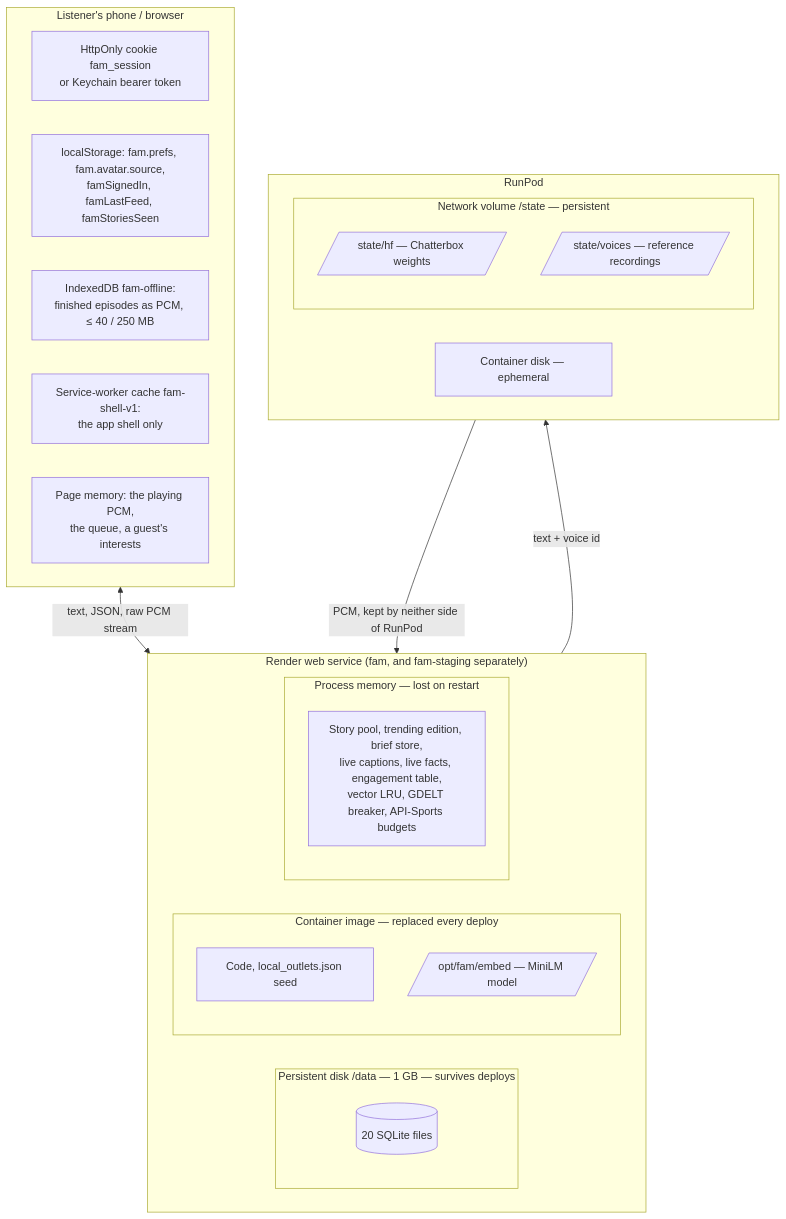
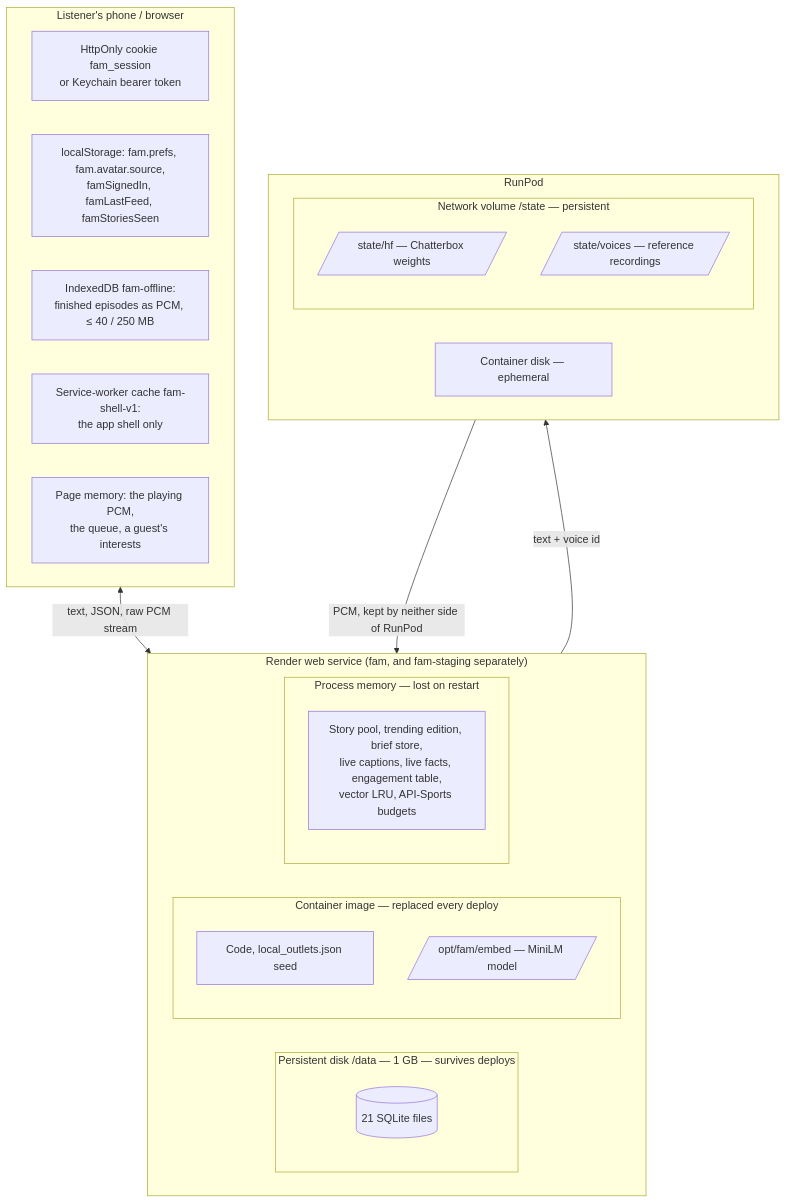
Before and after one commit to tjweingart-byte/FAM: the first of 3 diagrams in docs/DATA.md, drawn with Mermaid. The commit also changed other lines of this file and 37 other files, not shown here.

````diff
--- a/docs/DATA.md
+++ b/docs/DATA.md
@@ -31,32 +31,32 @@
 ```mermaid
 flowchart TB
   subgraph Client["Listener's phone / browser"]
     C1[HttpOnly cookie fam_session<br/>or Keychain bearer token]
     C2[localStorage: fam.prefs, fam.avatar.source,<br/>famSignedIn, famLastFeed, famStoriesSeen]
     C3[IndexedDB fam-offline:<br/>finished episodes as PCM, ≤ 40 / 250 MB]
     C4[Service-worker cache fam-shell-v1:<br/>the app shell only]
     C5[Page memory: the playing PCM,<br/>the queue, a guest's interests]
   end
   subgraph Render["Render web service (fam, and fam-staging separately)"]
     subgraph Disk["Persistent disk /data — 1 GB — survives deploys"]
-      D1[(20 SQLite files)]
+      D1[(21 SQLite files)]
     end
     subgraph Image["Container image — replaced every deploy"]
       I1[Code, local_outlets.json seed]
       I2[/opt/fam/embed — MiniLM model/]
     end
     subgraph Mem["Process memory — lost on restart"]
-      M1[Story pool, trending edition, brief store,<br/>live captions, live facts, engagement table,<br/>vector LRU, GDELT breaker, API-Sports budgets]
+      M1[Story pool, trending edition, brief store,<br/>live captions, live facts, engagement table,<br/>vector LRU, API-Sports budgets]
     end
   end
   subgraph RunPod
     subgraph Vol["Network volume /state — persistent"]
       R1[/state/hf — Chatterbox weights/]
       R2[/state/voices — reference recordings/]
     end
     R3[Container disk — ephemeral]
   end
   Client <-- "text, JSON, raw PCM stream" --> Render
   Render -- "text + voice id" --> RunPod
   RunPod -- "PCM, kept by neither side of RunPod" --> Render
 ```
````
